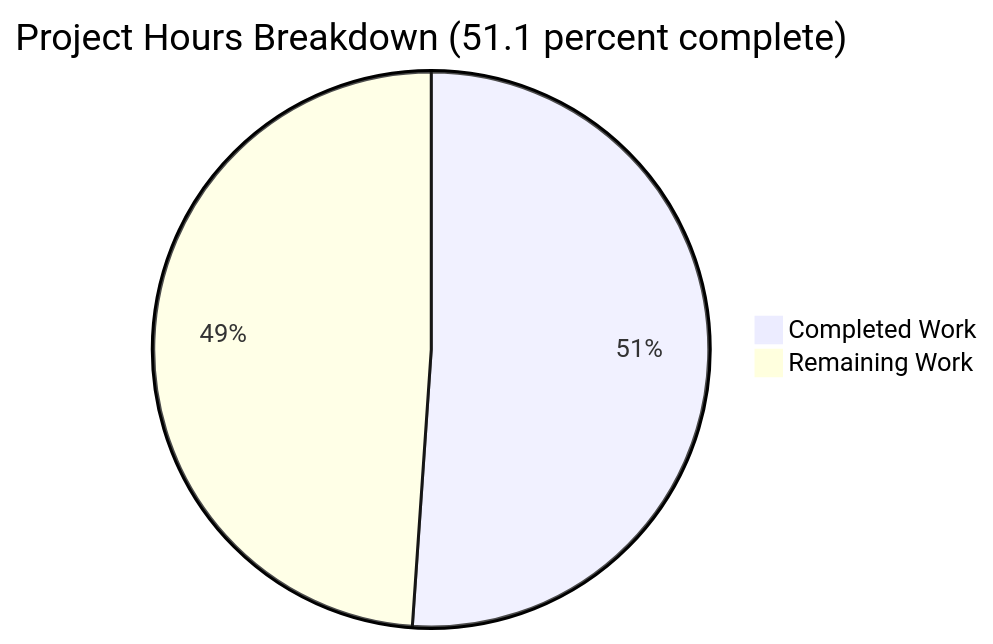
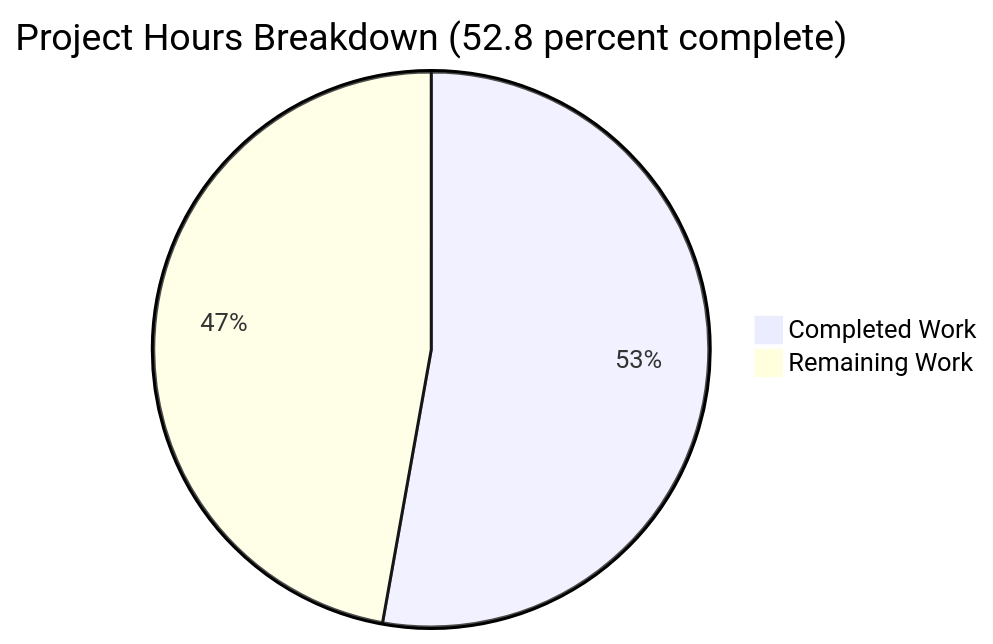
One commit to viditkshukla/blitzy-sample-test changed the second of 3 diagrams in blitzy/documentation/Project Guide - 5611a2ca-5f34-454e-a5a1-e9993c2a94d3.md. Above: the diagram before and after it, drawn with Mermaid. The commit also changed other lines of this file, not shown here.

Commit message:
Adding Blitzy Project Guide: Project Status and Human Tasks Remaining

````diff
--- a/blitzy/documentation/Project Guide - 5611a2ca-5f34-454e-a5a1-e9993c2a94d3.md
+++ b/blitzy/documentation/Project Guide - 5611a2ca-5f34-454e-a5a1-e9993c2a94d3.md
@@ -198,5 +205,5 @@
 ```mermaid
-pie title Project Hours Breakdown (51.1 percent complete)
+pie title Project Hours Breakdown (52.8 percent complete)
     "Completed Work" : 47
-    "Remaining Work" : 45
+    "Remaining Work" : 42
 ```
````
